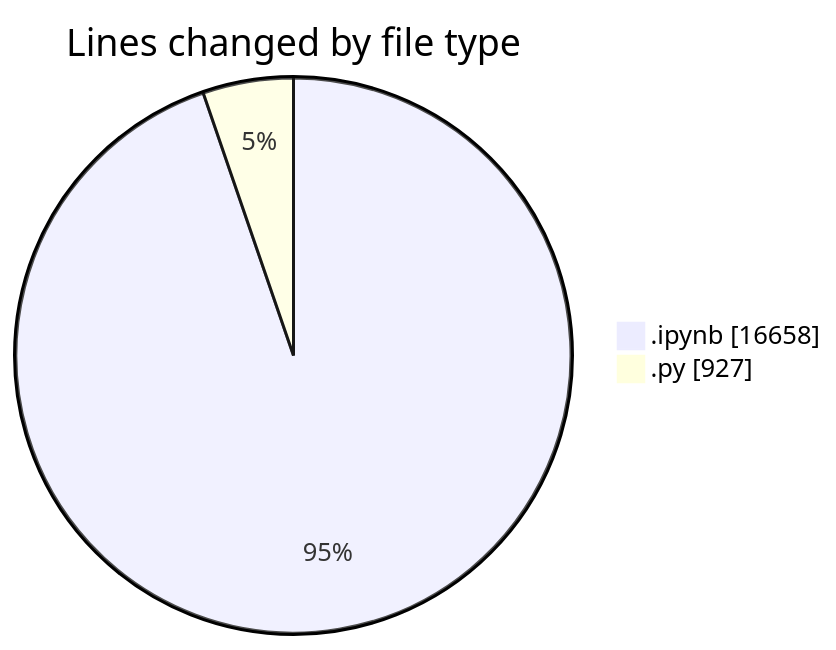
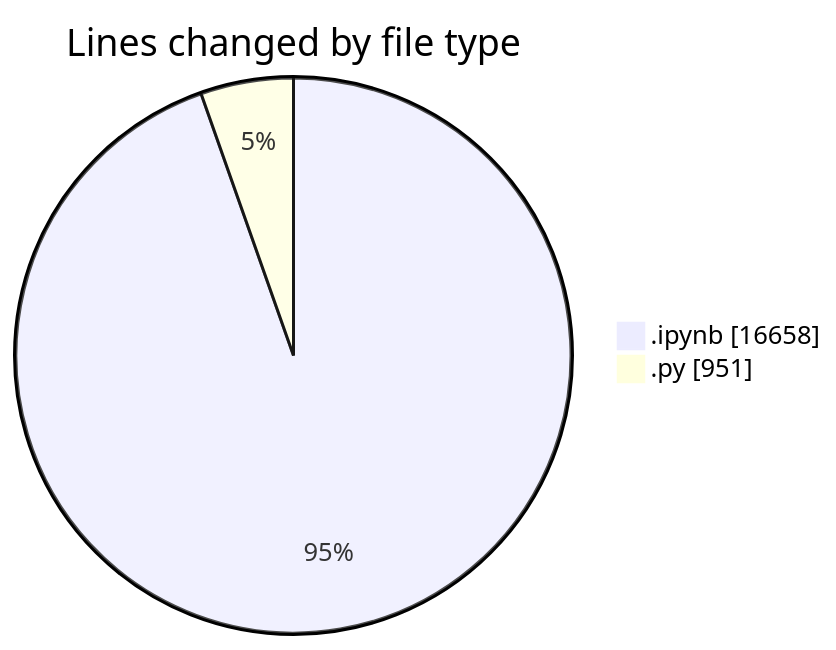
Before and after one commit to MatusMokan/code-tracking: the first of 2 diagrams in 2025-03-20/myws__workspace_/README.md, drawn with Mermaid. The commit also changed other lines of this file and 1 other file, not shown here.

````diff
--- a/2025-03-20/myws__workspace_/README.md
+++ b/2025-03-20/myws__workspace_/README.md
@@ -21,6 +21,6 @@
 ```mermaid
 pie showData
 title Lines changed by file type
 ".ipynb" : 16658
-".py" : 927
+".py" : 951
 ```
````
